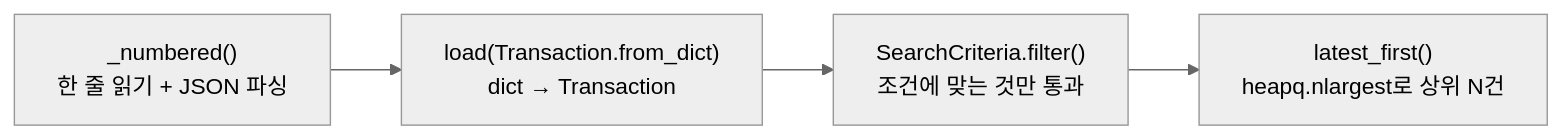
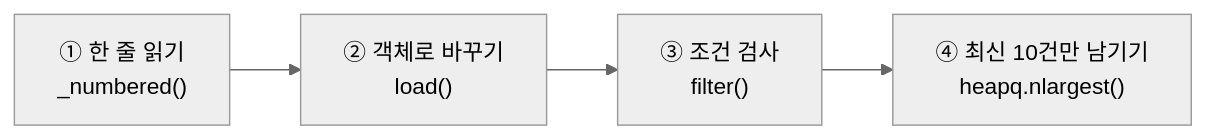
One commit to rlaqudgus/Codyssey_BudgetApp changed the second of 2 diagrams in docs/STUDY_GUIDE.md. Above: the diagram before and after it, drawn with Mermaid (neutral theme). The commit also changed other lines of this file, not shown here.

````diff
--- a/docs/STUDY_GUIDE.md
+++ b/docs/STUDY_GUIDE.md
@@ -172,6 +294,6 @@
 ```mermaid
 flowchart LR
-  A["_numbered()<br/>한 줄 읽기 + JSON 파싱"] --> B["load(Transaction.from_dict)<br/>dict → Transaction"]
-  B --> C["SearchCriteria.filter()<br/>조건에 맞는 것만 통과"]
-  C --> D["latest_first()<br/>heapq.nlargest로 상위 N건"]
+  A["① 한 줄 읽기<br/>_numbered()"] --> B["② 객체로 바꾸기<br/>load()"]
+  B --> C["③ 조건 검사<br/>filter()"]
+  C --> D["④ 최신 10건만 남기기<br/>heapq.nlargest()"]
 ```
````
